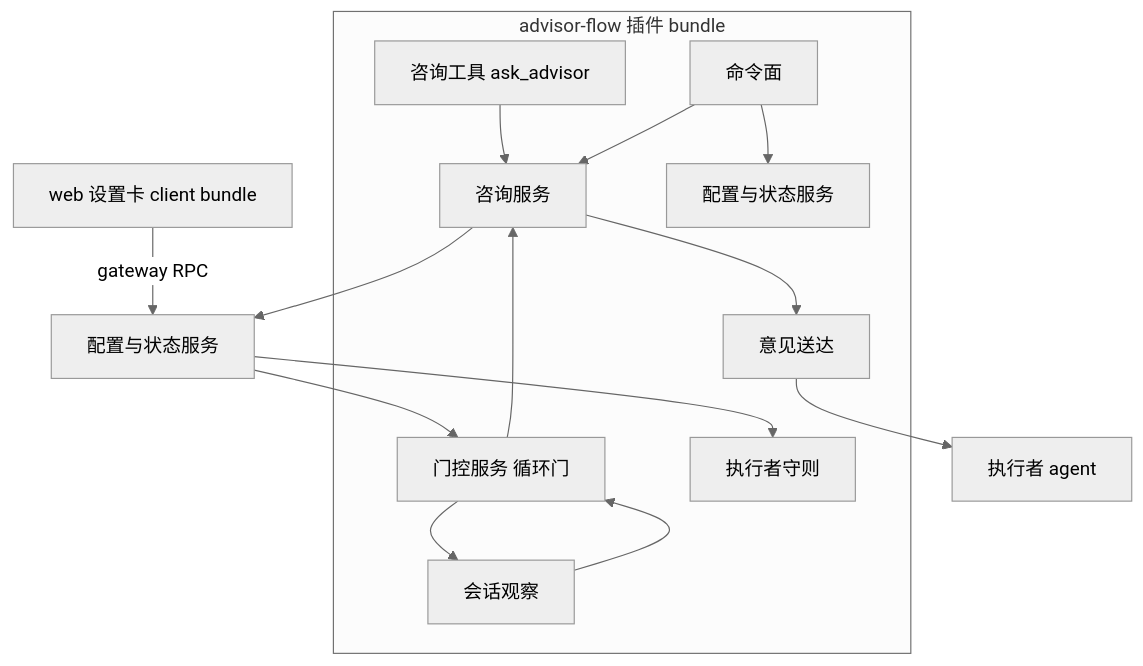
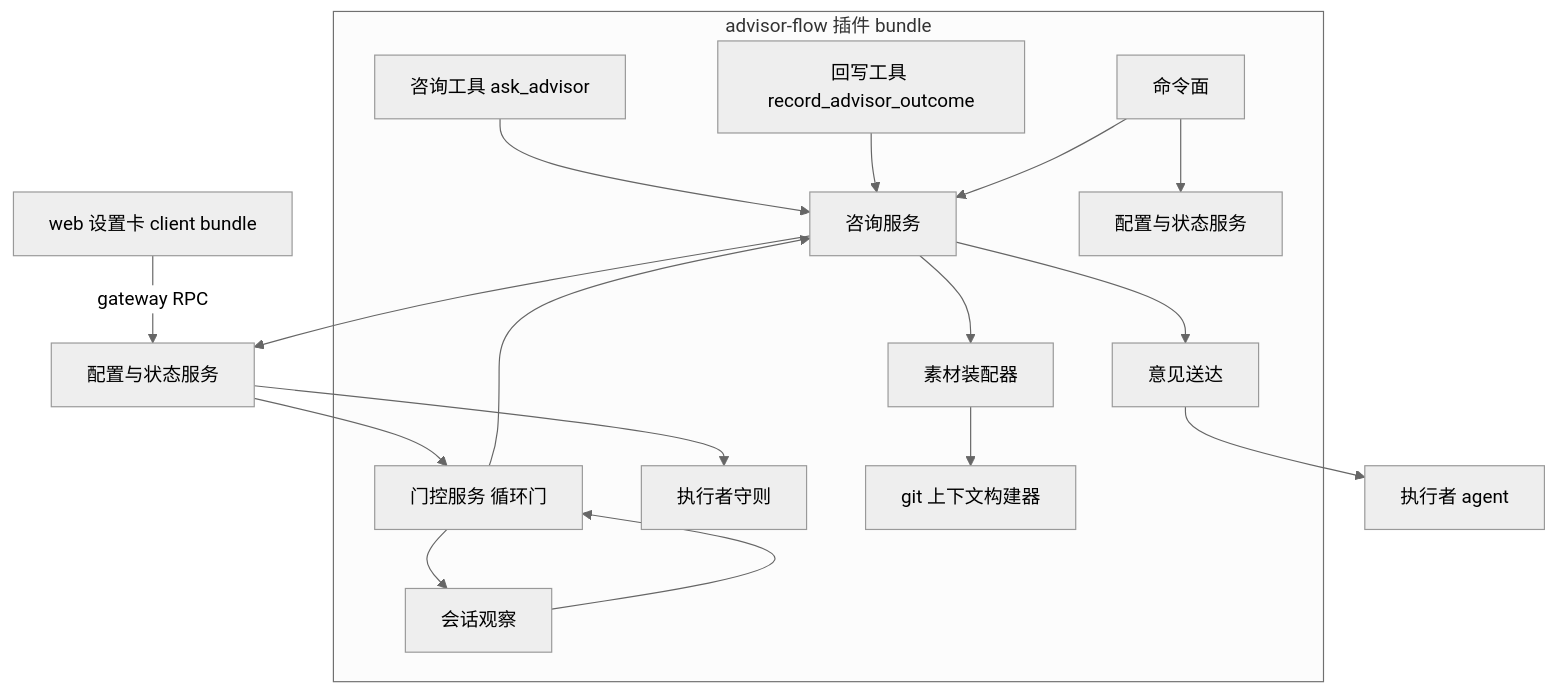
One commit to ccll/dsh-advisor-flow changed the second of 9 diagrams in SOLUTION.md. Above: the diagram before and after it, drawn with Mermaid (neutral theme). The commit also changed other lines of this file and 20 other files, not shown here.

First line of the commit message:
📝 文档(map): 行为严格对齐 pi-advisor-flow 0.8.2 的需求与方案演进

````diff
--- a/SOLUTION.md
+++ b/SOLUTION.md
@@ -72,26 +76,32 @@
 ```mermaid
 flowchart TB
     subgraph bundle[advisor-flow 插件 bundle]
         tool[咨询工具 ask_advisor]
+        outcometool[回写工具 record_advisor_outcome]
         commands[命令面]
         loopgate[门控服务 循环门]
         guidelines[执行者守则]
         consult[咨询服务]
+        materials[素材装配器]
+        gitctx[git 上下文构建器]
         observer[会话观察]
         delivery[意见送达]
         configsvc[配置与状态服务]
     end
     card[web 设置卡 client bundle]
     tool --> consult
+    outcometool --> consult
     commands --> consult
     commands --> configsvc[配置与状态服务]
     loopgate --> consult
     loopgate --> observer
     observer --> loopgate
+    consult --> materials
+    materials --> gitctx
     consult --> config
     config[配置与状态服务] --> loopgate
     config --> guidelines
     card -->|gateway RPC| config
     consult --> delivery[意见送达]
     delivery --> agent[执行者 agent]
 ```
````
